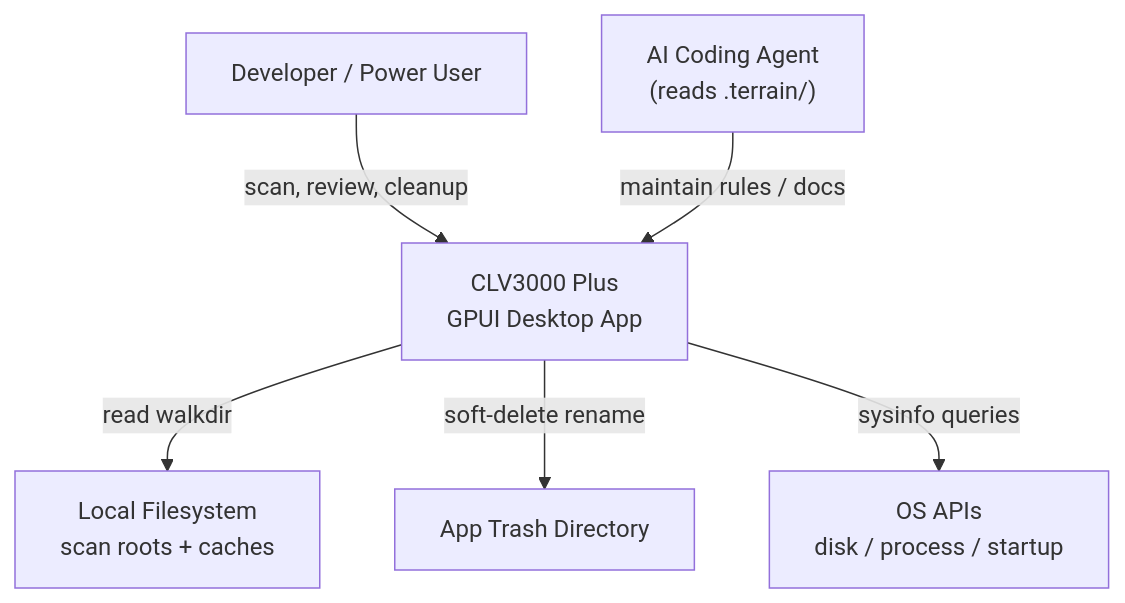
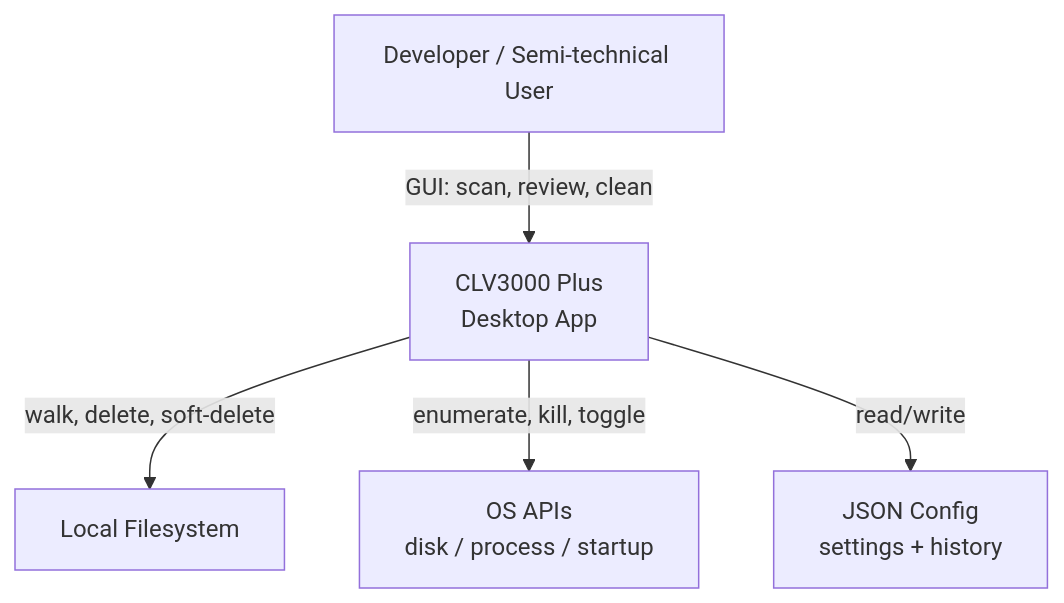
The diagram in .terrain/human/1.Overview.md (sopaco/CLV3000-Plus), drawn with Mermaid before and after one commit. The commit also changed other lines of this file and 14 other files, not shown here.

````diff
--- a/.terrain/human/1.Overview.md
+++ b/.terrain/human/1.Overview.md
@@ -23,17 +21,13 @@
 ```mermaid
 graph TB
-    DevUser["Developer / Power User"]
-    AgentUser["AI Coding Agent<br/>(reads .terrain/)"]
-    
-    CLV["CLV3000 Plus<br/>GPUI Desktop App"]
-    
-    FS["Local Filesystem<br/>scan roots + caches"]
-    Trash["App Trash Directory"]
+    User["Developer / Semi-technical User"]
+    CLV["CLV3000 Plus<br/>Desktop App"]
+    FS["Local Filesystem"]
     OS["OS APIs<br/>disk / process / startup"]
-    
-    DevUser -->|"scan, review, cleanup"| CLV
-    AgentUser -->|"maintain rules / docs"| CLV
-    CLV -->|"read walkdir"| FS
-    CLV -->|"soft-delete rename"| Trash
-    CLV -->|"sysinfo queries"| OS
+    Config["JSON Config<br/>settings + history"]
+
+    User -->|"GUI: scan, review, clean"| CLV
+    CLV -->|"walk, delete, soft-delete"| FS
+    CLV -->|"enumerate, kill, toggle"| OS
+    CLV -->|"read/write"| Config
 ```
````
